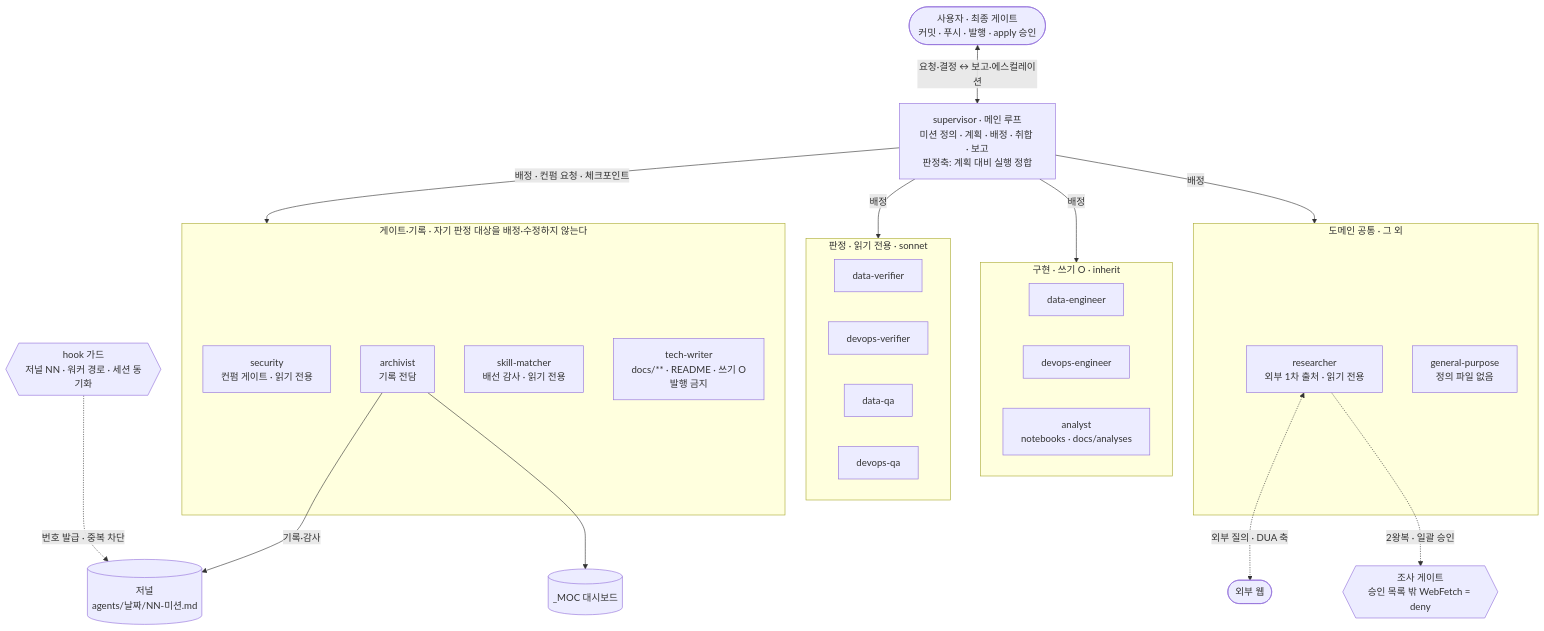
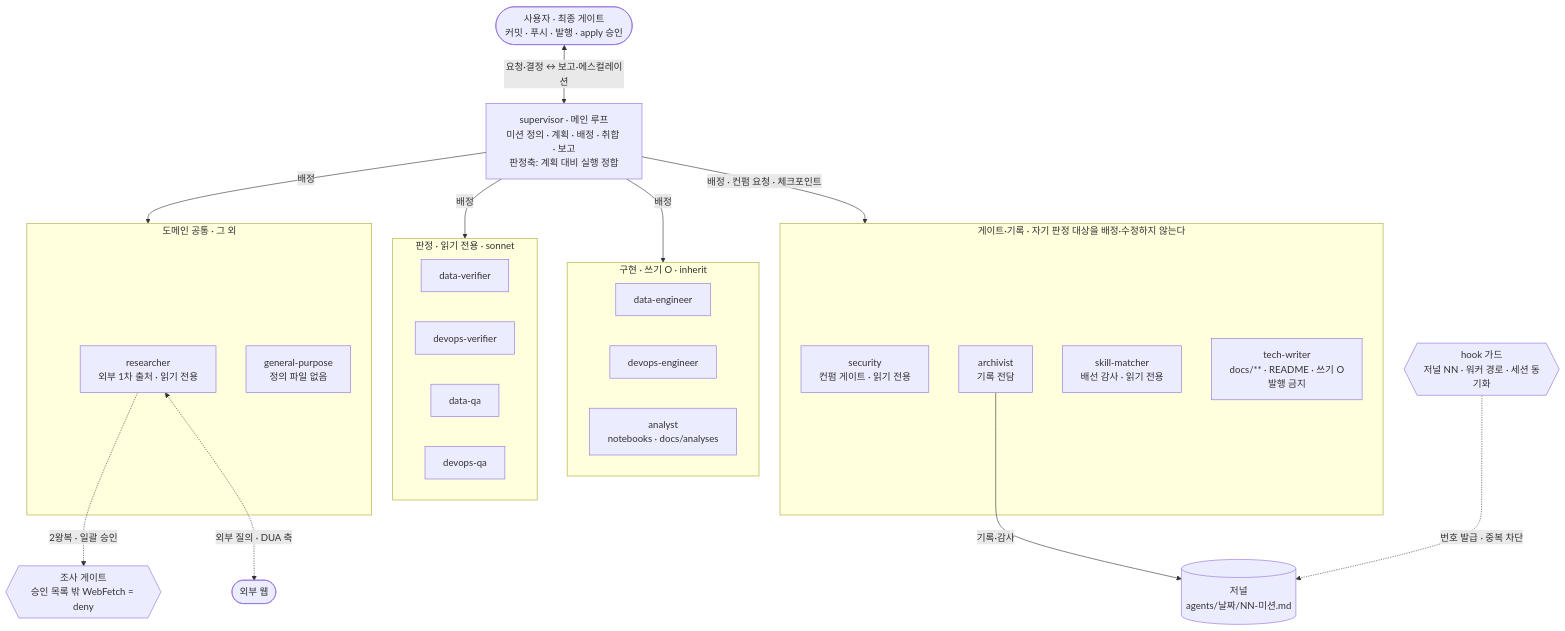
Before and after one commit to Melting-Face/pipeline-study: the diagram in docs/conventions/agents.md, drawn with Mermaid. The commit also changed other lines of this file and 8 other files, not shown here.

````diff
--- a/docs/conventions/agents.md
+++ b/docs/conventions/agents.md
@@ -18,47 +26,45 @@
 ```mermaid
 flowchart TB
     U(["사용자 · 최종 게이트<br/>커밋 · 푸시 · 발행 · apply 승인"])
     SUP["supervisor · 메인 루프<br/>미션 정의 · 계획 · 배정 · 취합 · 보고<br/>판정축: 계획 대비 실행 정합"]
 
     subgraph impl["구현 · 쓰기 O · inherit"]
         DE["data-engineer"]
         OE["devops-engineer"]
         AN["analyst<br/>notebooks · docs/analyses"]
     end
 
     subgraph judge["판정 · 읽기 전용 · sonnet"]
         DV["data-verifier"]
         OV["devops-verifier"]
         DQ["data-qa"]
         OQ["devops-qa"]
     end
 
     subgraph outside["게이트·기록 · 자기 판정 대상을 배정·수정하지 않는다"]
         SEC["security<br/>컨펌 게이트 · 읽기 전용"]
         ARC["archivist<br/>기록 전담"]
         SKM["skill-matcher<br/>배선 감사 · 읽기 전용"]
         TW["tech-writer<br/>docs/** · README · 쓰기 O<br/>발행 금지"]
     end
 
     subgraph common["도메인 공통 · 그 외"]
         RES["researcher<br/>외부 1차 출처 · 읽기 전용"]
         GP["general-purpose<br/>정의 파일 없음"]
     end
 
     WEB(["외부 웹"])
     JR[("저널<br/>agents/날짜/NN-미션.md")]
-    MOC[("_MOC 대시보드")]
     HOOK{{"hook 가드<br/>저널 NN · 워커 경로 · 세션 동기화"}}
+    GATE{{"조사 게이트<br/>승인 목록 밖 WebFetch = deny"}}
 
     U <-->|"요청·결정 ↔ 보고·에스컬레이션"| SUP
     SUP -->|배정| impl
     SUP -->|배정| judge
     SUP -->|"배정 · 컨펌 요청 · 체크포인트"| outside
     SUP -->|배정| common
+    RES -.->|"2왕복 · 일괄 승인"| GATE
     RES <-.->|"외부 질의 · DUA 축"| WEB
-    GATE{{"조사 게이트<br/>승인 목록 밖 WebFetch = deny"}}
-    RES -.->|"2왕복 · 일괄 승인"| GATE
     ARC -->|기록·감사| JR
-    ARC --> MOC
     HOOK -.->|"번호 발급 · 중복 차단"| JR
 ```
````
